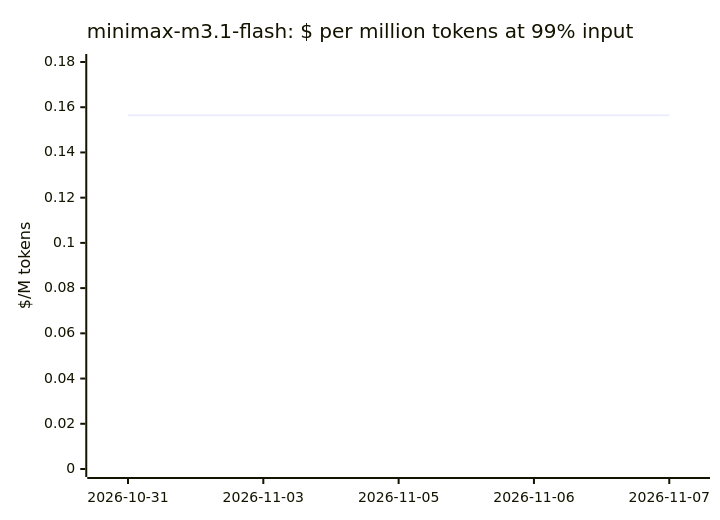
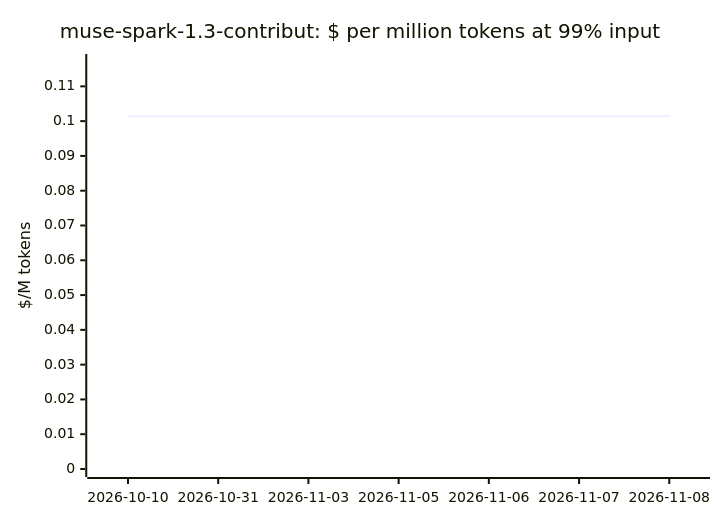
One commit to cklukas/OMEGA_TRANSFORM changed the ninth of 20 diagrams in docs/openrouter-models.md. Above: the diagram before and after it, drawn with Mermaid. The commit also changed other lines of this file and 47 other files, not shown here.

````diff
--- a/docs/openrouter-models.md
+++ b/docs/openrouter-models.md
@@ -211,7 +212,7 @@
 ```mermaid
 xychart-beta
-    title "minimax-m3.1-flash: $ per million tokens at 99% input"
-    x-axis ["2026-10-31", "2026-11-03", "2026-11-05", "2026-11-06", "2026-11-07"]
-    y-axis "$/M tokens" 0 --> 0.18
-    line [0.1564, 0.1564, 0.1564, 0.1564, 0.1564]
+    title "muse-spark-1.3-contribut: $ per million tokens at 99% input"
+    x-axis ["2026-10-10", "2026-10-31", "2026-11-03", "2026-11-05", "2026-11-06", "2026-11-07", "2026-11-08"]
+    y-axis "$/M tokens" 0 --> 0.117
+    line [0.1014, 0.1014, 0.1014, 0.1014, 0.1014, 0.1014, 0.1014]
 ```
````
